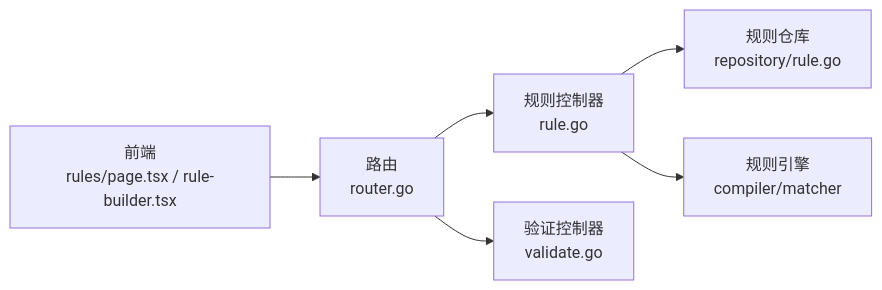
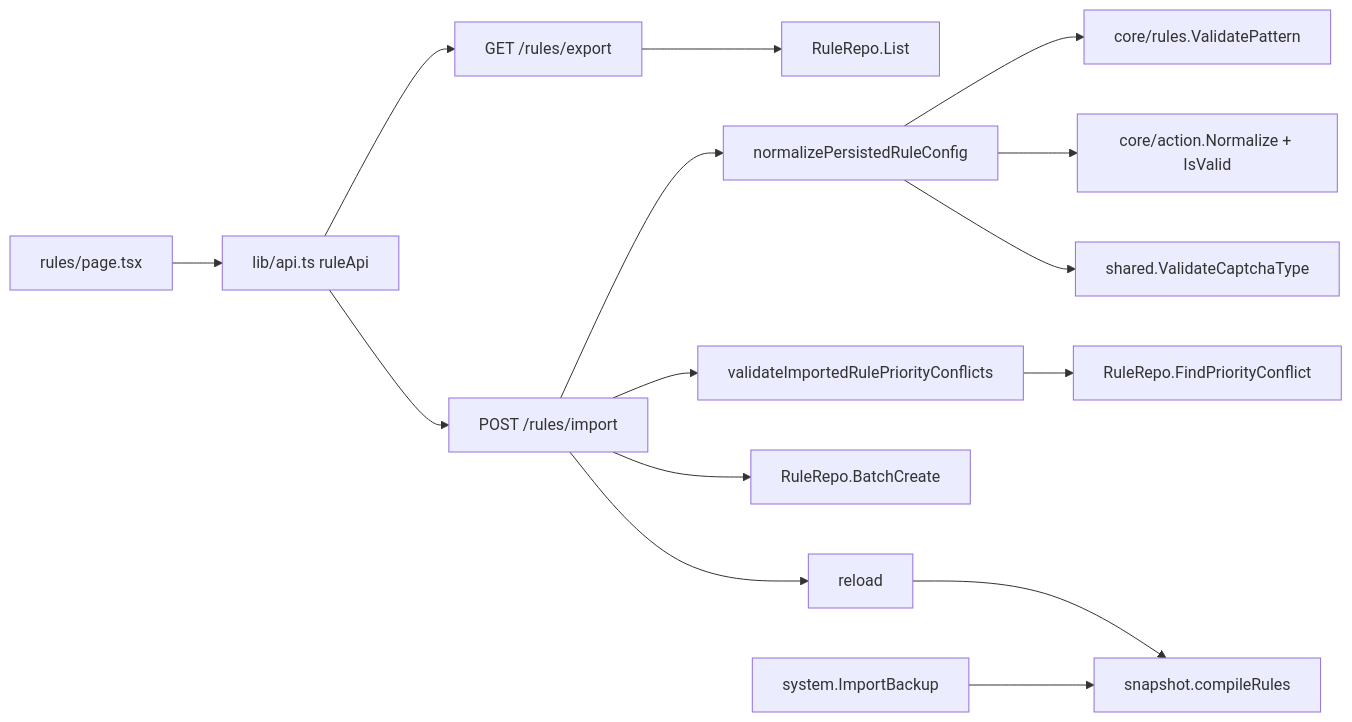
Before and after one commit to x01n/My-OpenWaf: the sixth of 7 diagrams in docs/管理 API 系统/规则管理 API/规则导入导出.md, drawn with Mermaid. The commit also changed other lines of this file and 622 other files, not shown here.

````diff
--- a/docs/管理 API 系统/规则管理 API/规则导入导出.md
+++ b/docs/管理 API 系统/规则管理 API/规则导入导出.md
@@ -377,8 +562,17 @@
 ```mermaid
 graph LR
-Router["路由<br/>router.go"] --> HandlerRule["规则控制器<br/>rule.go"]
-Router --> HandlerValidate["验证控制器<br/>validate.go"]
-HandlerRule --> Repo["规则仓库<br/>repository/rule.go"]
-HandlerRule --> Engine["规则引擎<br/>compiler/matcher"]
-FE["前端<br/>rules/page.tsx / rule-builder.tsx"] --> Router
+  PG["rules/page.tsx"] --> AP["lib/api.ts ruleApi"]
+  AP --> EXP["GET /rules/export"]
+  AP --> IMP["POST /rules/import"]
+  EXP --> LR["RuleRepo.List"]
+  IMP --> NP["normalizePersistedRuleConfig"]
+  IMP --> PC["validateImportedRulePriorityConflicts"]
+  IMP --> BC["RuleRepo.BatchCreate"]
+  NP --> VP["core/rules.ValidatePattern"]
+  NP --> VA["core/action.Normalize + IsValid"]
+  NP --> CT["shared.ValidateCaptchaType"]
+  PC --> FPC["RuleRepo.FindPriorityConflict"]
+  IMP --> RL["reload"]
+  RL --> SB["snapshot.compileRules"]
+  BKU["system.ImportBackup"] --> SB
 ```
````
